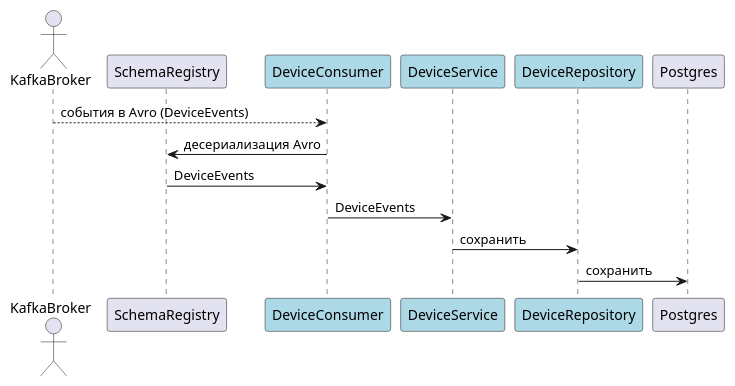
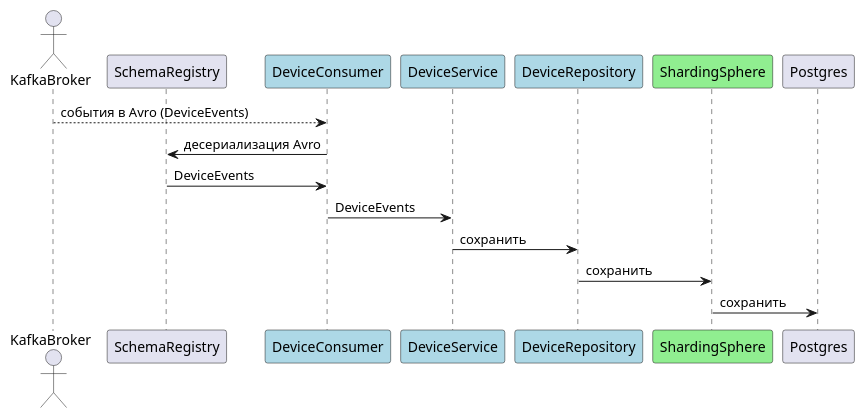
Before and after one commit to ApenDover/ourcode-iot-platform: the diagram in diagrams/device-collector/device-collector-sequence.puml, drawn with PlantUML. The commit also changed 9 other files, not shown here.

Commit message:
ReadMe + схемы

```diff
--- a/diagrams/device-collector/device-collector-sequence.puml
+++ b/diagrams/device-collector/device-collector-sequence.puml
@@ -1,18 +1,20 @@
 @startuml
 actor KafkaBroker
 participant "DeviceConsumer" as DC  #lightblue
 participant "SchemaRegistry" as AVRO
 participant "DeviceEventConsumer" as DC  #lightblue
 participant "DeviceService" as DS  #lightblue
 participant "DeviceRepository" as REPO  #lightblue
+participant "ShardingSphere" as SS  #lightgreen
 participant "Postgres" as DB
 
 KafkaBroker --> DC : события в Avro (DeviceEvents)
 DC -> AVRO : десериализация Avro
 AVRO -> DC : DeviceEvents
 DC -> DS : DeviceEvents
 
 DS -> REPO : сохранить
-REPO -> DB : сохранить
+REPO -> SS : сохранить
+SS -> DB : сохранить
 
 @enduml
```
